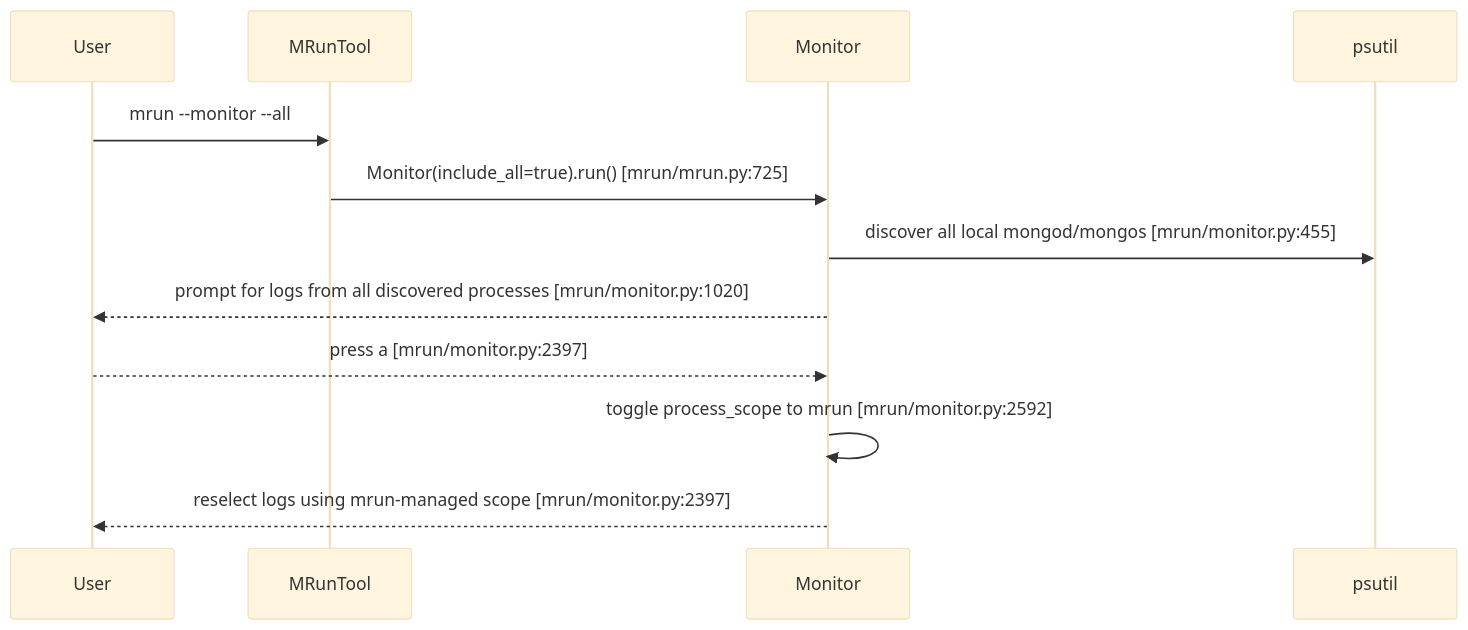
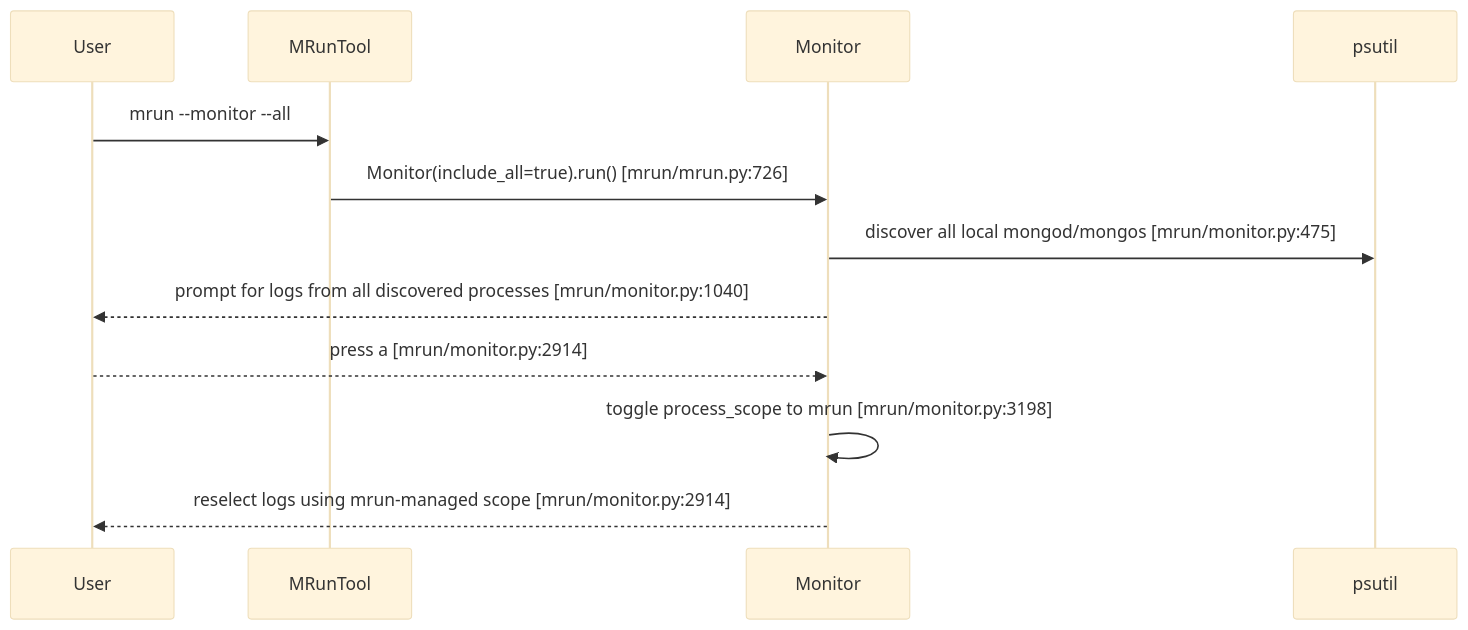
Before and after one commit to mongodb/mlaunch: the second of 11 diagrams in doc/feature-monitor-guide.md, drawn with Mermaid (base theme). The commit also changed other lines of this file and 4 other files, not shown here.

````diff
--- a/doc/feature-monitor-guide.md
+++ b/doc/feature-monitor-guide.md
@@ -165,15 +167,15 @@
 ```mermaid
 sequenceDiagram
     participant User
     participant Tool as MRunTool
     participant Monitor as Monitor
     participant PS as psutil
 
     User->>Tool: mrun --monitor --all
-    Tool->>Monitor: Monitor(include_all=true).run() [mrun/mrun.py:725]
-    Monitor->>PS: discover all local mongod/mongos [mrun/monitor.py:455]
-    Monitor-->>User: prompt for logs from all discovered processes [mrun/monitor.py:1020]
-    User-->>Monitor: press a [mrun/monitor.py:2397]
-    Monitor->>Monitor: toggle process_scope to mrun [mrun/monitor.py:2592]
-    Monitor-->>User: reselect logs using mrun-managed scope [mrun/monitor.py:2397]
+    Tool->>Monitor: Monitor(include_all=true).run() [mrun/mrun.py:726]
+    Monitor->>PS: discover all local mongod/mongos [mrun/monitor.py:475]
+    Monitor-->>User: prompt for logs from all discovered processes [mrun/monitor.py:1040]
+    User-->>Monitor: press a [mrun/monitor.py:2914]
+    Monitor->>Monitor: toggle process_scope to mrun [mrun/monitor.py:3198]
+    Monitor-->>User: reselect logs using mrun-managed scope [mrun/monitor.py:2914]
 ```
````
